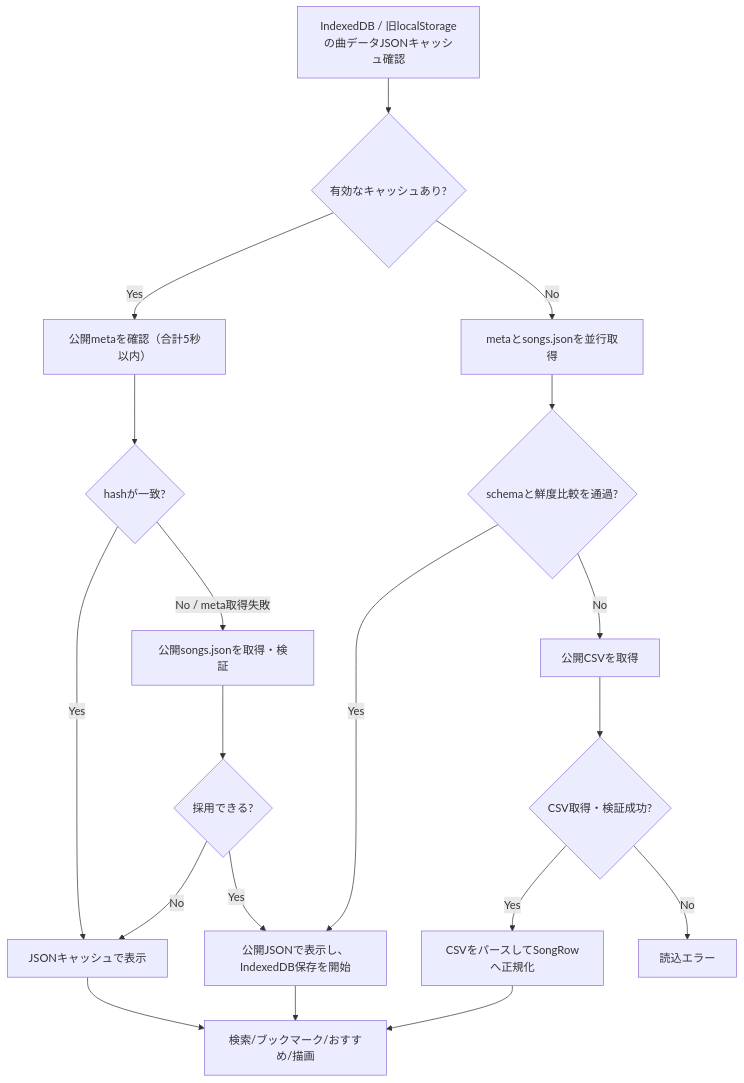
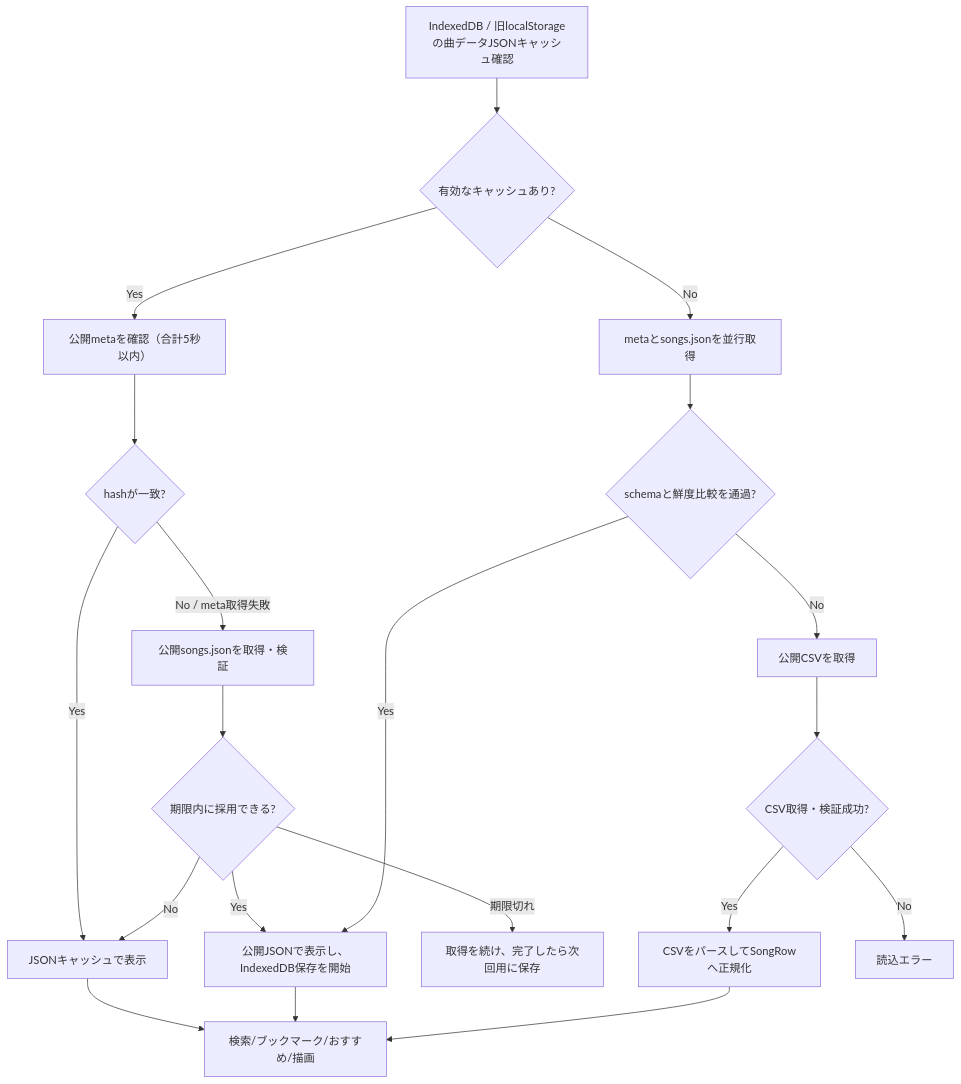
Before and after one commit to an-oa/knksongs: the first of 3 diagrams in docs/DESIGN.md, drawn with Mermaid. The commit also changed other lines of this file and 3 other files, not shown here.

````diff
--- a/docs/DESIGN.md
+++ b/docs/DESIGN.md
@@ -172,21 +176,22 @@
 ```mermaid
 flowchart TD
     A[IndexedDB / 旧localStorageの曲データJSONキャッシュ確認] --> B{有効なキャッシュあり?}
     B -- Yes --> C[公開metaを確認（合計5秒以内）]
     C --> D{hashが一致?}
     D -- Yes --> E[JSONキャッシュで表示]
     D -- No / meta取得失敗 --> F[公開songs.jsonを取得・検証]
-    F --> G{採用できる?}
+    F --> G{期限内に採用できる?}
     G -- Yes --> H[公開JSONで表示し、IndexedDB保存を開始]
     G -- No --> E
+    G -- 期限切れ --> P[取得を続け、完了したら次回用に保存]
     B -- No --> I[metaとsongs.jsonを並行取得]
     I --> J{schemaと鮮度比較を通過?}
     J -- Yes --> H
     J -- No --> K[公開CSVを取得]
     K --> L{CSV取得・検証成功?}
     L -- Yes --> M[CSVをパースしてSongRowへ正規化]
     L -- No --> X[読込エラー]
     E --> N[検索/ブックマーク/おすすめ/描画]
     H --> N
     M --> N
 ```
````
